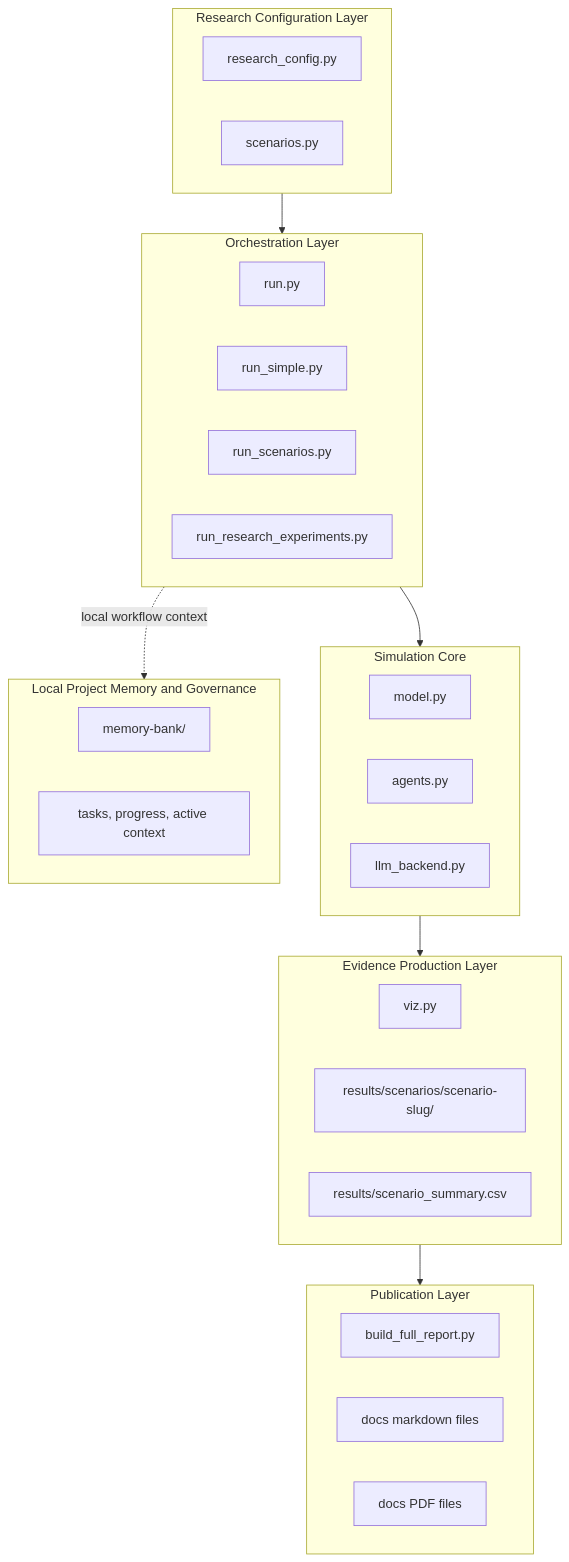
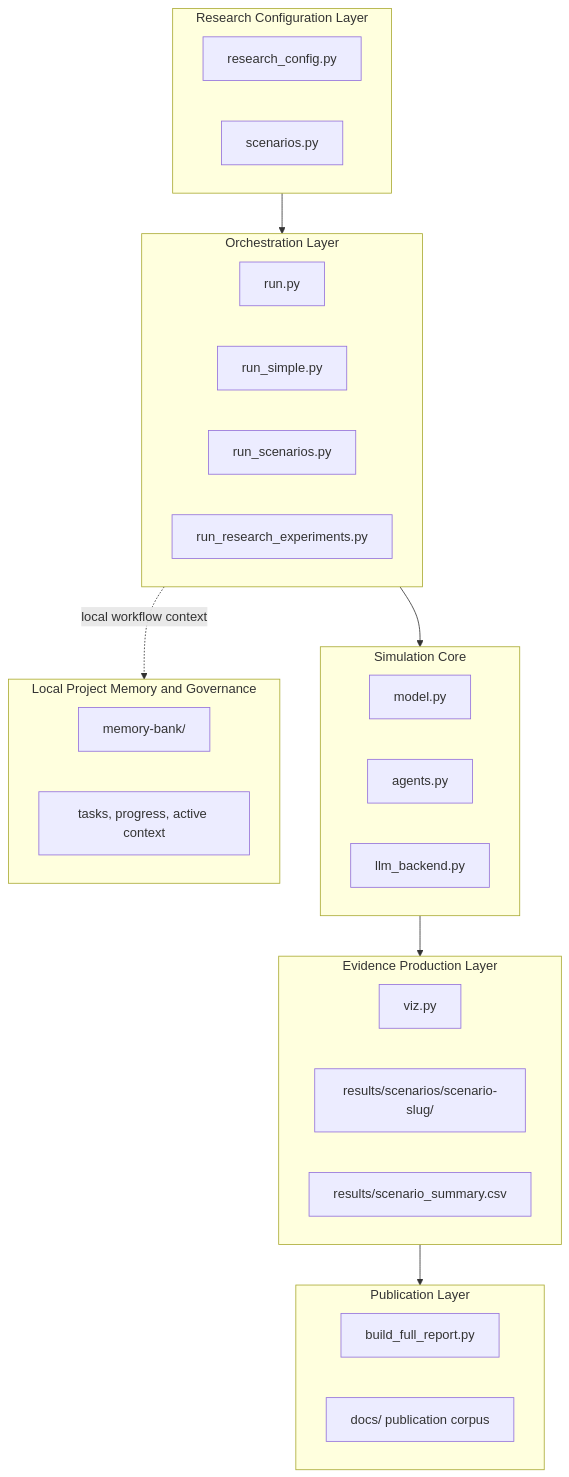
Before and after one commit to Tresorkaseka/Deantologie_researchpaper_simulation: the first of 4 diagrams in docs/Project_Architecture.md, drawn with Mermaid. The commit also changed other lines of this file and 10 other files, not shown here.

````diff
--- a/docs/Project_Architecture.md
+++ b/docs/Project_Architecture.md
@@ -9,43 +9,42 @@
 ```mermaid
 flowchart TB
     subgraph RC["Research Configuration Layer"]
         RC1["research_config.py"]
         RC2["scenarios.py"]
     end
 
     subgraph SC["Simulation Core"]
         SC1["model.py"]
         SC2["agents.py"]
         SC3["llm_backend.py"]
     end
 
     subgraph OR["Orchestration Layer"]
         OR1["run.py"]
         OR2["run_simple.py"]
         OR3["run_scenarios.py"]
         OR4["run_research_experiments.py"]
     end
 
     subgraph EV["Evidence Production Layer"]
         EV1["viz.py"]
         EV2["results/scenarios/scenario-slug/"]
         EV3["results/scenario_summary.csv"]
     end
 
     subgraph PB["Publication Layer"]
         PB1["build_full_report.py"]
-        PB2["docs markdown files"]
-        PB3["docs PDF files"]
+        PB2["docs/ publication corpus"]
     end
 
     subgraph MG["Local Project Memory and Governance"]
         MG1["memory-bank/"]
         MG2["tasks, progress, active context"]
     end
 
     RC --> OR
     OR --> SC
     SC --> EV
     EV --> PB
     OR -. local workflow context .-> MG
 ```
````
